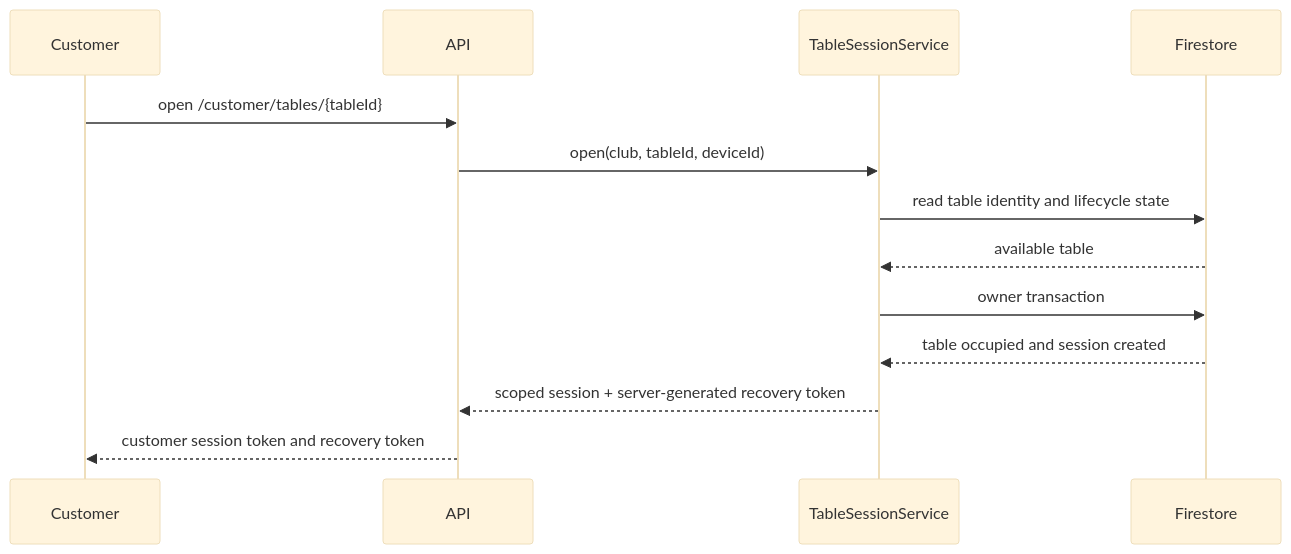
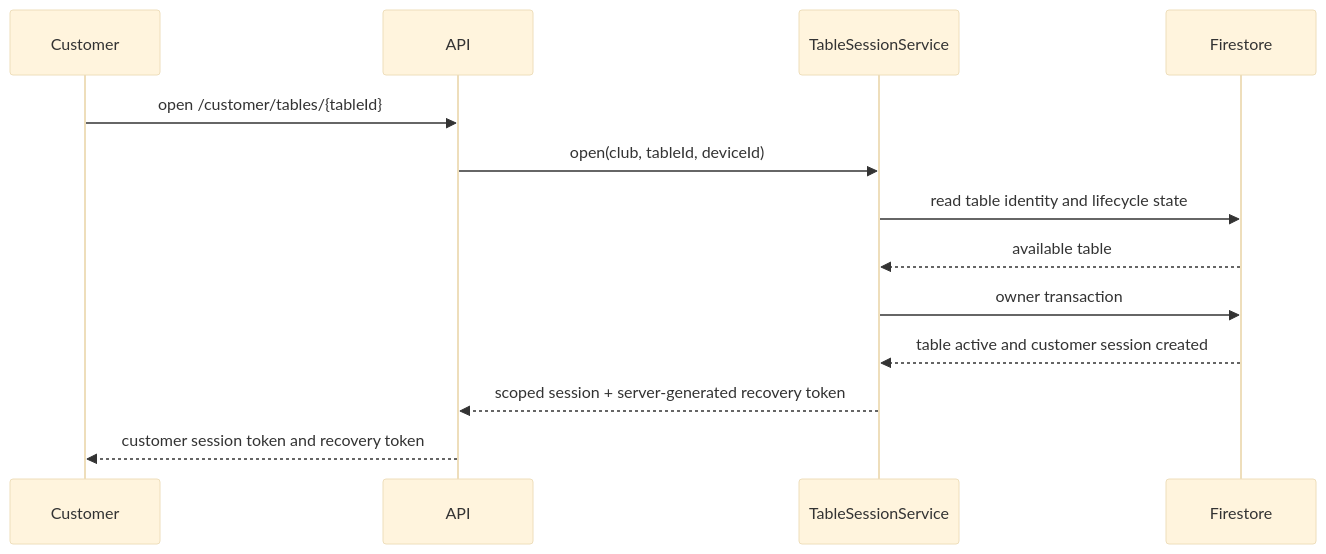
The first of 8 diagrams in docs/diagrams/sequences.md (DarknDark/LoungeOS), drawn with Mermaid (base theme) before and after one commit. The commit also changed other lines of this file and 31 other files, not shown here.

First line of the commit message:
Implement customer session management and update ordering workflows

````diff
--- a/docs/diagrams/sequences.md
+++ b/docs/diagrams/sequences.md
@@ -5,15 +5,15 @@
 ```mermaid
 sequenceDiagram
   participant C as Customer
   participant API as API
   participant S as TableSessionService
   participant F as Firestore
   C->>API: open /customer/tables/{tableId}
   API->>S: open(club, tableId, deviceId)
   S->>F: read table identity and lifecycle state
   F-->>S: available table
   S->>F: owner transaction
-  F-->>S: table occupied and session created
+  F-->>S: table active and customer session created
   S-->>API: scoped session + server-generated recovery token
   API-->>C: customer session token and recovery token
 ```
````
